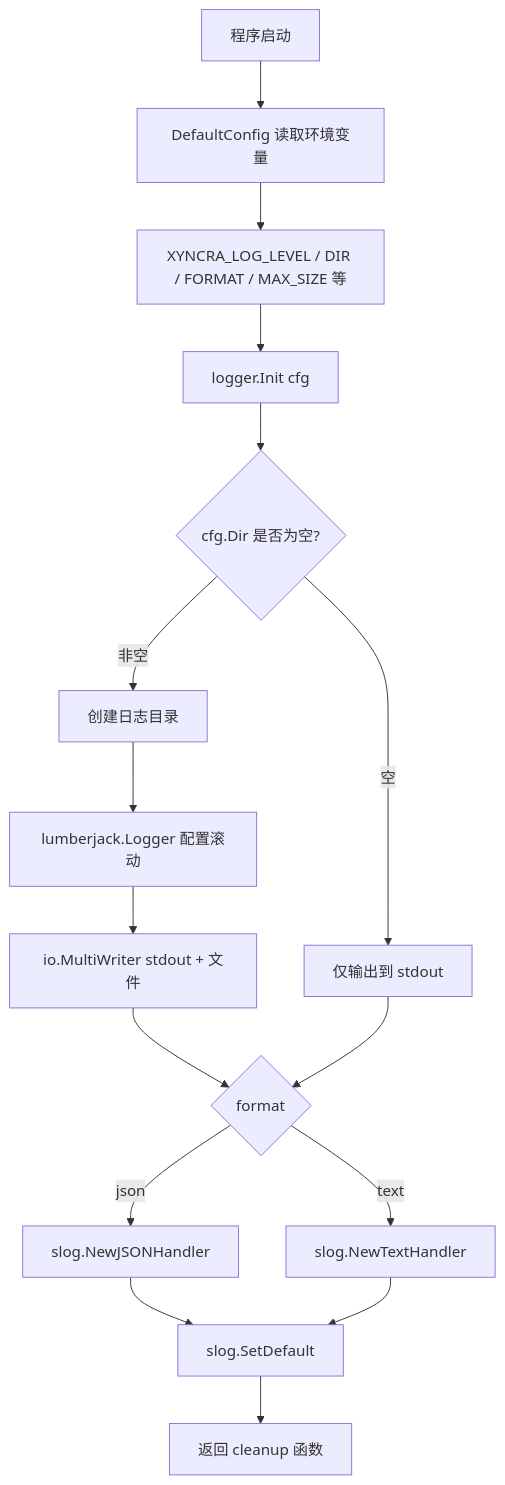
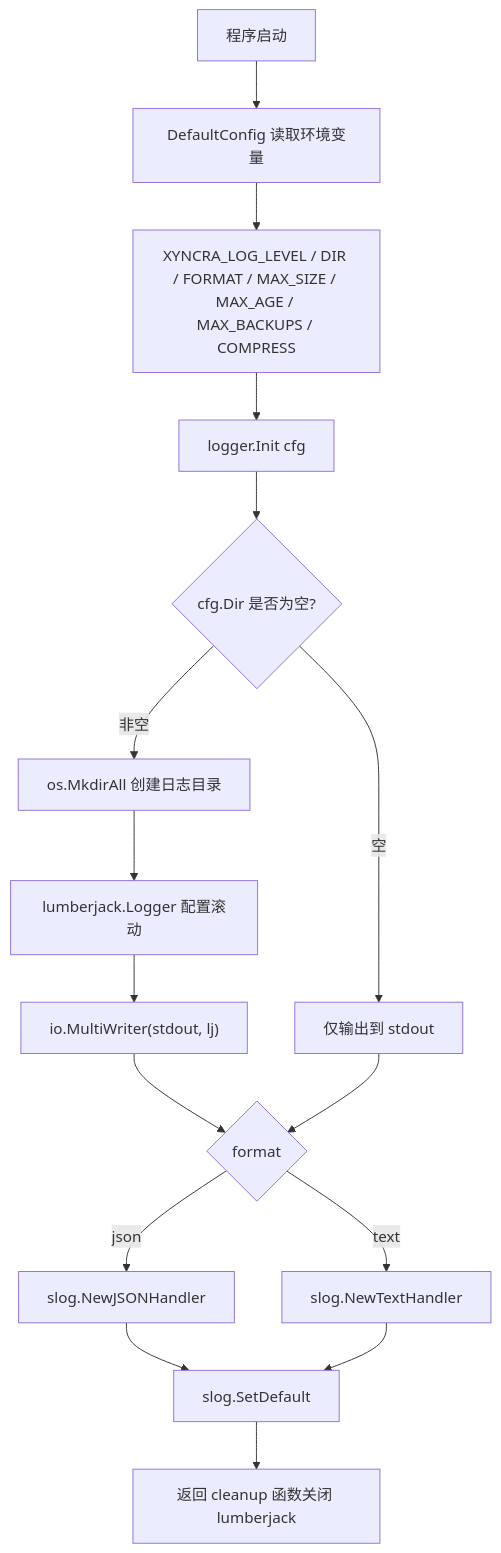
One commit to PineappleBond/xyncra-server changed the seventh of 14 diagrams in wiki/flows/cli-observability.md. Above: the diagram before and after it, drawn with Mermaid. The commit also changed other lines of this file and 21 other files, not shown here.

````diff
--- a/wiki/flows/cli-observability.md
+++ b/wiki/flows/cli-observability.md
@@ -427,18 +357,18 @@
 ```mermaid
 flowchart TD
     A[程序启动] --> B[DefaultConfig 读取环境变量]
-    B --> C[XYNCRA_LOG_LEVEL / DIR / FORMAT / MAX_SIZE 等]
+    B --> C[XYNCRA_LOG_LEVEL / DIR / FORMAT / MAX_SIZE / MAX_AGE / MAX_BACKUPS / COMPRESS]
     C --> D[logger.Init cfg]
     D --> E{cfg.Dir 是否为空?}
     E -->|空| F[仅输出到 stdout]
-    E -->|非空| G[创建日志目录]
+    E -->|非空| G[os.MkdirAll 创建日志目录]
     G --> H[lumberjack.Logger 配置滚动]
-    H --> I[io.MultiWriter stdout + 文件]
+    H --> I["io.MultiWriter(stdout, lj)"]
     I --> J{format}
     F --> J
     J -->|json| K[slog.NewJSONHandler]
     J -->|text| L[slog.NewTextHandler]
     K --> M[slog.SetDefault]
     L --> M
-    M --> N[返回 cleanup 函数]
+    M --> N[返回 cleanup 函数关闭 lumberjack]
 ```
````
